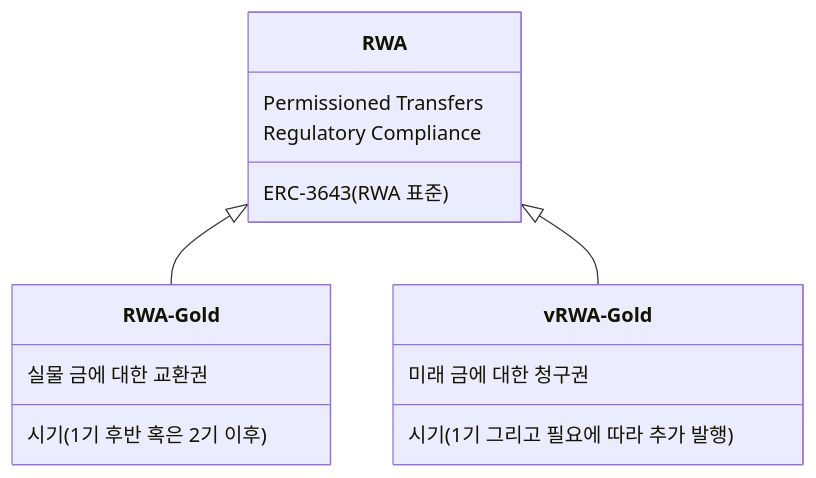
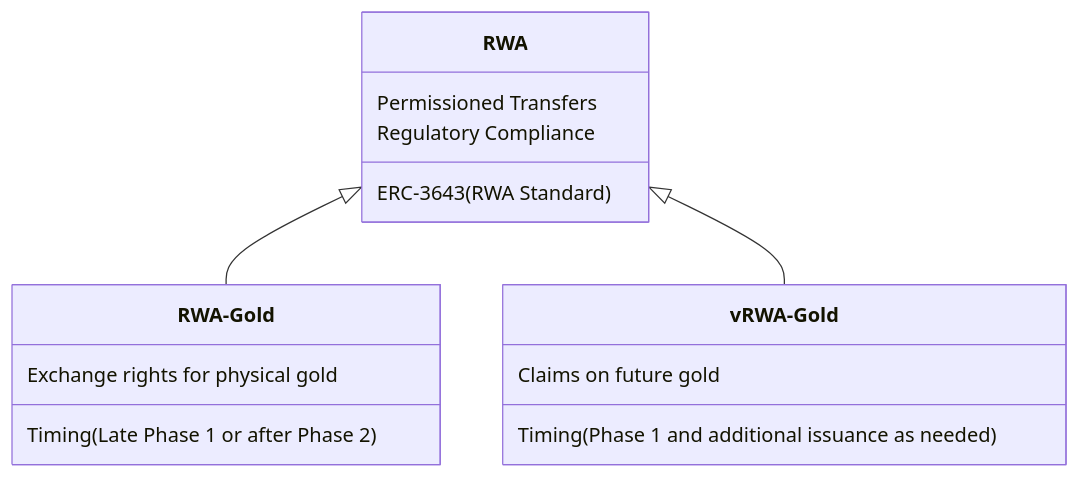
The first of 2 diagrams in i18n/en/docusaurus-plugin-content-docs/current/whitepaper/introduction/intorduction.md (KOR-Ryat/kash-whitepaper), drawn with Mermaid before and after one commit. The commit also changed other lines of this file and 26 other files, not shown here.

```diff
--- a/i18n/en/docusaurus-plugin-content-docs/current/whitepaper/introduction/intorduction.md
+++ b/i18n/en/docusaurus-plugin-content-docs/current/whitepaper/introduction/intorduction.md
@@ -57,12 +57,12 @@
 ~~~mermaid
 classDiagram
     RWA <|-- RWA-Gold
     RWA <|-- vRWA-Gold
-    RWA : ERC-3643(RWA 표준)
+    RWA : ERC-3643(RWA Standard)
     RWA : Permissioned Transfers
     RWA : Regulatory Compliance
-    RWA-Gold : 실물 금에 대한 교환권
-    RWA-Gold : 시기(1기 후반 혹은 2기 이후)
-    vRWA-Gold : 미래 금에 대한 청구권
-    vRWA-Gold : 시기(1기 그리고 필요에 따라 추가 발행)
+    RWA-Gold : Exchange rights for physical gold
+    RWA-Gold : Timing(Late Phase 1 or after Phase 2)
+    vRWA-Gold : Claims on future gold
+    vRWA-Gold : Timing(Phase 1 and additional issuance as needed)
 ~~~
```
